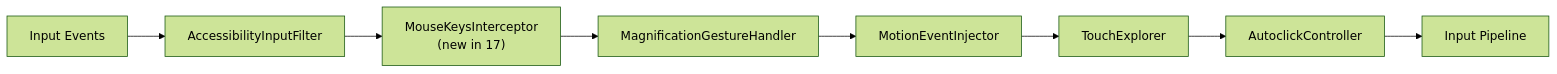
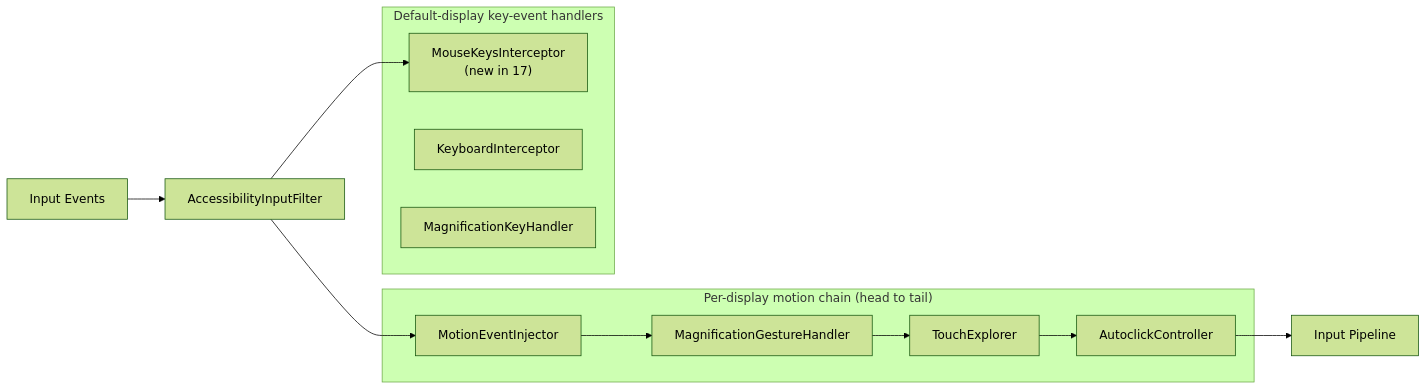
Before and after one commit to aospbooks/aosp-internal-book: diagram 17 of 23 in agents/claude/skills/aosp-ui-framework/46-accessibility.md, drawn with Mermaid (forest theme). The commit also changed other lines of this file and 137 other files, not shown here.

````diff
--- a/agents/claude/skills/aosp-ui-framework/46-accessibility.md
+++ b/agents/claude/skills/aosp-ui-framework/46-accessibility.md
@@ -2492,10 +2492,20 @@
 ```mermaid
 flowchart LR
     Input["Input Events"] --> AIF["AccessibilityInputFilter"]
-    AIF --> MK["MouseKeysInterceptor<br/>(new in 17)"]
-    MK --> MagGH["MagnificationGestureHandler"]
-    MagGH --> MEI["MotionEventInjector"]
-    MEI --> TE["TouchExplorer"]
-    TE --> AC["AutoclickController"]
+
+    subgraph Motion["Per-display motion chain (head to tail)"]
+        MEI["MotionEventInjector"] --> MagGH["MagnificationGestureHandler"]
+        MagGH --> TE["TouchExplorer"]
+        TE --> AC["AutoclickController"]
+    end
+
+    subgraph Keys["Default-display key-event handlers"]
+        MK["MouseKeysInterceptor<br/>(new in 17)"]
+        KI["KeyboardInterceptor"]
+        MKH["MagnificationKeyHandler"]
+    end
+
+    AIF --> MEI
+    AIF --> MK
     AC --> Output["Input Pipeline"]
 ```
````
